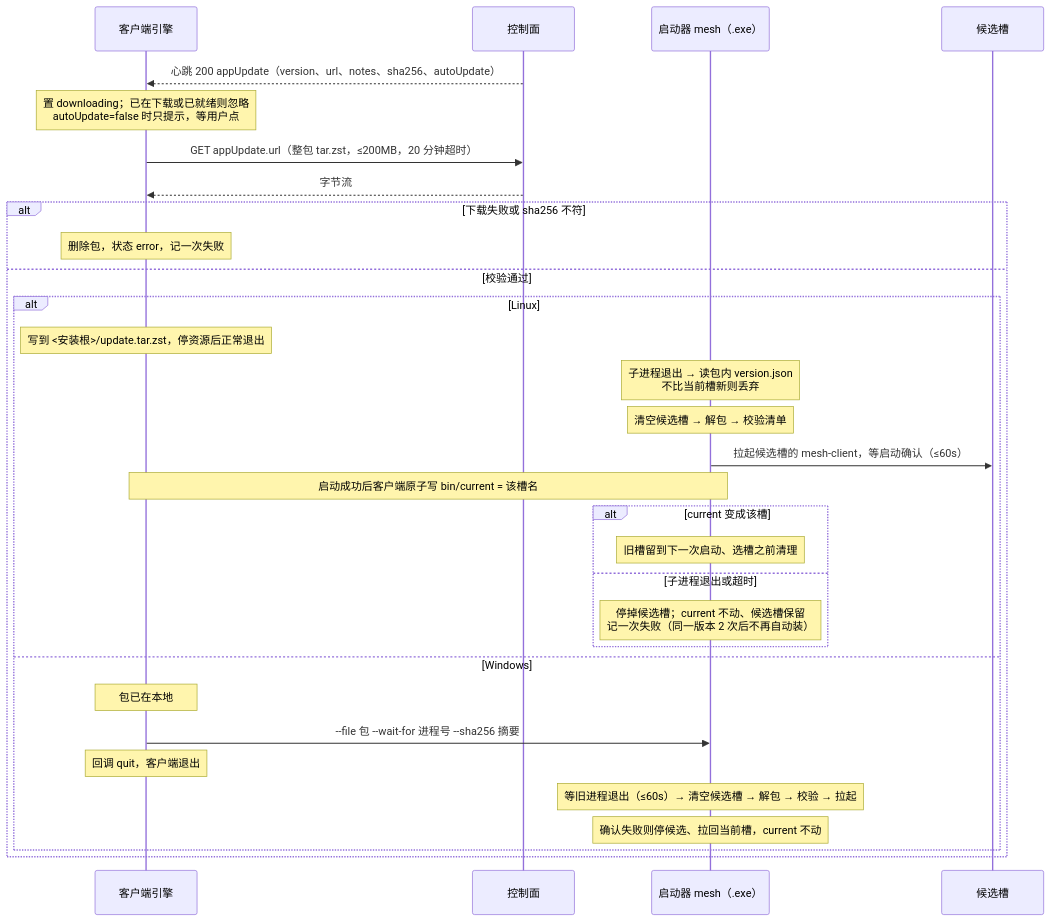
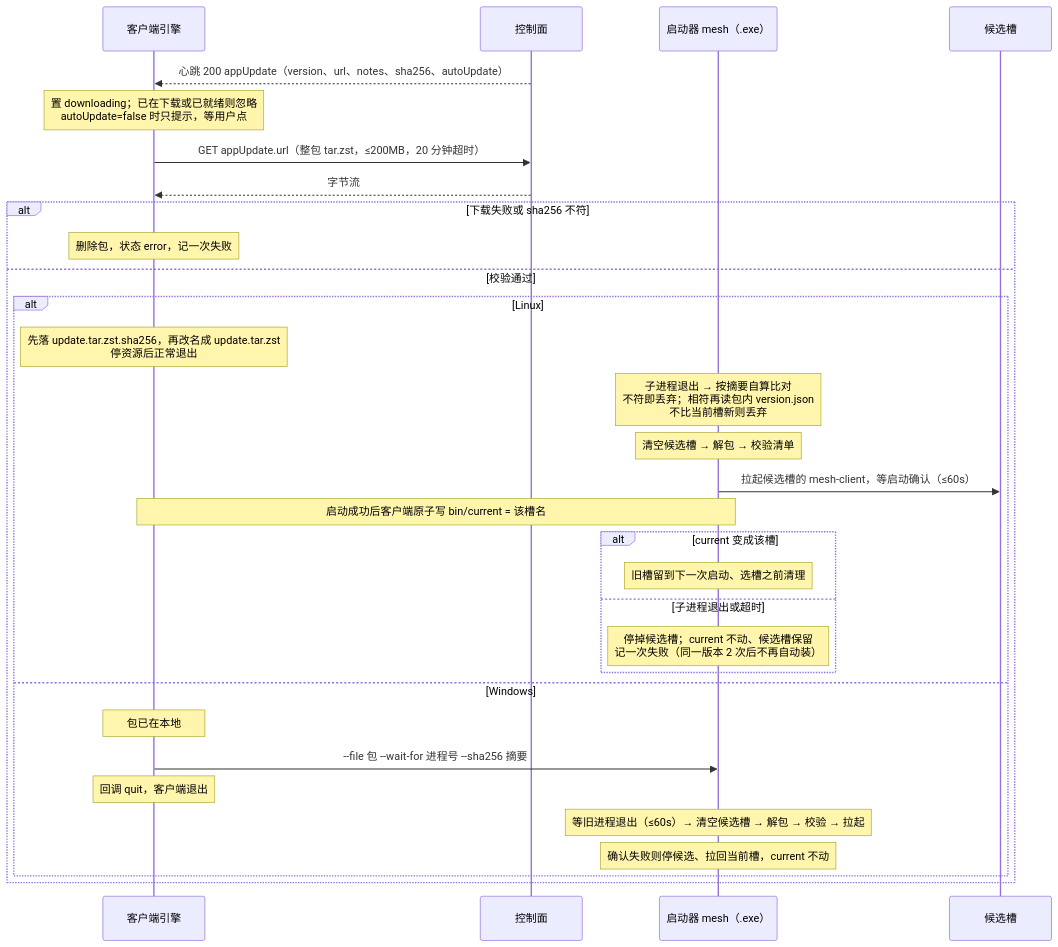
Before and after one commit to hiromuraki/mesh-client: the third of 5 diagrams in docs/flows.md, drawn with Mermaid. The commit also changed other lines of this file and 7 other files, not shown here.

````diff
--- a/docs/flows.md
+++ b/docs/flows.md
@@ -80,34 +80,34 @@
 ```mermaid
 sequenceDiagram
   participant E as 客户端引擎
   participant S as 控制面
   participant L as 启动器 mesh（.exe）
   participant N as 候选槽
 
   S-->>E: 心跳 200 appUpdate（version、url、notes、sha256、autoUpdate）
   Note over E: 置 downloading；已在下载或已就绪则忽略<br/>autoUpdate=false 时只提示，等用户点
   E->>S: GET appUpdate.url（整包 tar.zst，≤200MB，20 分钟超时）
   S-->>E: 字节流
   alt 下载失败或 sha256 不符
     Note over E: 删除包，状态 error，记一次失败
   else 校验通过
     alt Linux
-      Note over E: 写到 <安装根>/update.tar.zst，停资源后正常退出
-      Note over L: 子进程退出 → 读包内 version.json<br/>不比当前槽新则丢弃
+      Note over E: 先落 update.tar.zst.sha256，再改名成 update.tar.zst<br/>停资源后正常退出
+      Note over L: 子进程退出 → 按摘要自算比对<br/>不符即丢弃；相符再读包内 version.json<br/>不比当前槽新则丢弃
       Note over L: 清空候选槽 → 解包 → 校验清单
       L->>N: 拉起候选槽的 mesh-client，等启动确认（≤60s）
       Note over E,L: 启动成功后客户端原子写 bin/current = 该槽名
       alt current 变成该槽
         Note over L: 旧槽留到下一次启动、选槽之前清理
       else 子进程退出或超时
         Note over L: 停掉候选槽；current 不动、候选槽保留<br/>记一次失败（同一版本 2 次后不再自动装）
       end
     else Windows
       Note over E: 包已在本地
       E->>L: --file 包 --wait-for 进程号 --sha256 摘要
       Note over E: 回调 quit，客户端退出
       Note over L: 等旧进程退出（≤60s）→ 清空候选槽 → 解包 → 校验 → 拉起
       Note over L: 确认失败则停候选、拉回当前槽，current 不动
     end
   end
 ```
````
